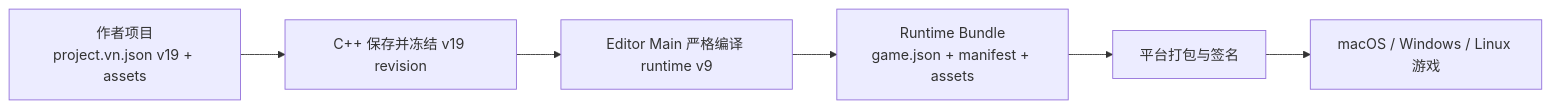
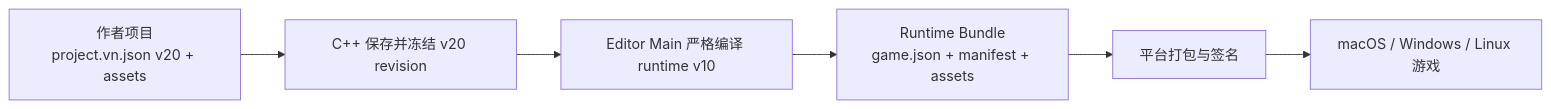
The first of 3 diagrams in docs/game-export-player.md (DarkboyRyan/Scratch-Novel-Engine), drawn with Mermaid before and after one commit. The commit also changed other lines of this file and 174 other files, not shown here.

````diff
--- a/docs/game-export-player.md
+++ b/docs/game-export-player.md
@@ -174,11 +175,11 @@
 ```mermaid
 flowchart LR
-  AUTHOR["作者项目<br/>project.vn.json v19 + assets"]
-  SAVE["C++ 保存并冻结 v19 revision"]
-  COMPILE["Editor Main 严格编译 runtime v9"]
+  AUTHOR["作者项目<br/>project.vn.json v20 + assets"]
+  SAVE["C++ 保存并冻结 v20 revision"]
+  COMPILE["Editor Main 严格编译 runtime v10"]
   BUNDLE["Runtime Bundle<br/>game.json + manifest + assets"]
   PACKAGE["平台打包与签名"]
   APP["macOS / Windows / Linux 游戏"]
 
   AUTHOR --> SAVE --> COMPILE --> BUNDLE --> PACKAGE --> APP
 ```
````
